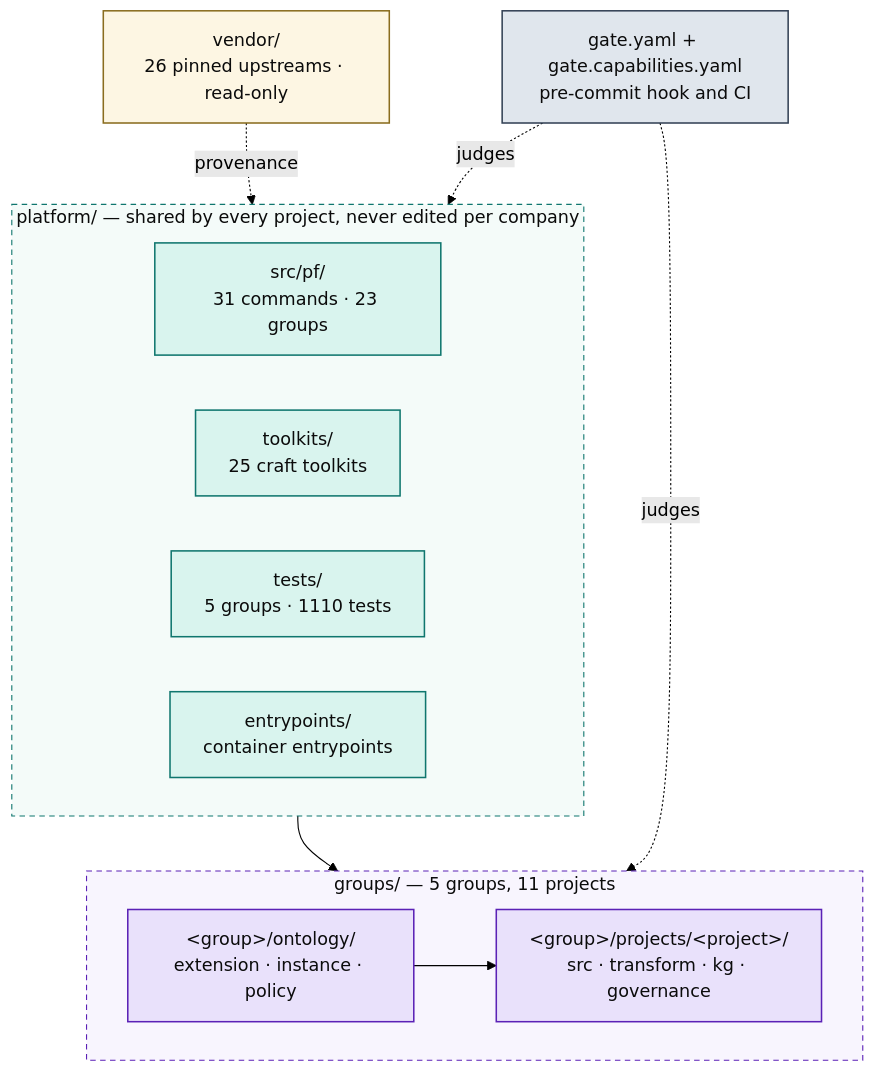
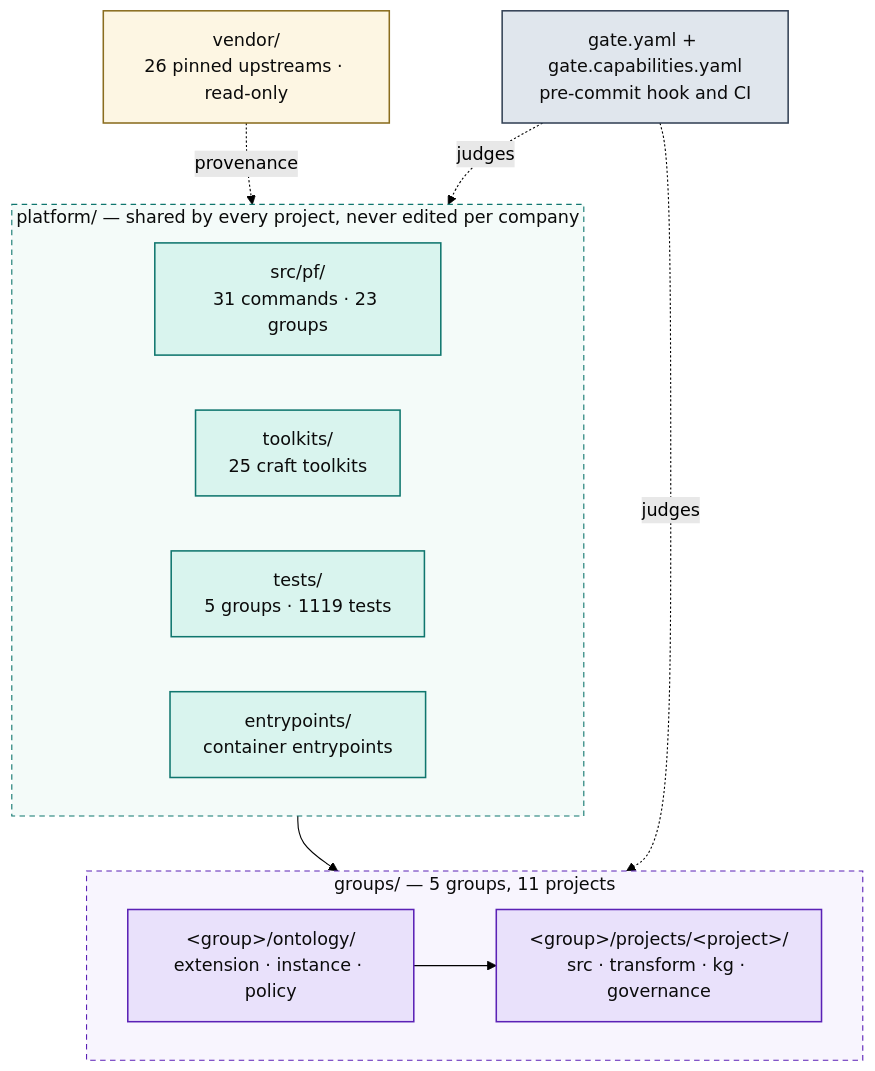
One commit to Atomz-org/data-platform changed the first of 5 diagrams in docs/ARCHITECTURE.md. Above: the diagram before and after it, drawn with Mermaid (forest theme). The commit also changed other lines of this file and 7 other files, not shown here.

````diff
--- a/docs/ARCHITECTURE.md
+++ b/docs/ARCHITECTURE.md
@@ -15,36 +15,36 @@
 ```mermaid
 flowchart TB
   subgraph SHARED["platform/ — shared by every project, never edited per company"]
     direction LR
     ENG["src/pf/<br/>31 commands · 23 groups"]
     TK["toolkits/<br/>25 craft toolkits"]
-    TST["tests/<br/>5 groups · 1110 tests"]
+    TST["tests/<br/>5 groups · 1119 tests"]
     ENT["entrypoints/<br/>container entrypoints"]
   end
 
   subgraph ENTITIES["groups/ — 5 groups, 11 projects"]
     direction LR
     GRP["&lt;group&gt;/ontology/<br/>extension · instance · policy"]
     PRJ["&lt;group&gt;/projects/&lt;project&gt;/<br/>src · transform · kg · governance"]
     GRP --> PRJ
   end
 
   VEN["vendor/<br/>26 pinned upstreams · read-only"]
   GATE["gate.yaml + gate.capabilities.yaml<br/>pre-commit hook and CI"]
 
   SHARED --> ENTITIES
   VEN -.provenance.-> SHARED
   GATE -.judges.-> ENTITIES
   GATE -.judges.-> SHARED
 
   classDef code fill:#d9f4ee,stroke:#0f766e,stroke-width:1.4px,color:#0b0b0b
   classDef data fill:#e9e1fb,stroke:#5b21b6,stroke-width:1.4px,color:#0b0b0b
   classDef gov fill:#e0e6ed,stroke:#334155,stroke-width:1.4px,color:#0b0b0b
   classDef ext fill:#fdf6e3,stroke:#8a6d1f,stroke-width:1.4px,color:#0b0b0b
   class ENG,TK,TST,ENT code
   class GRP,PRJ data
   class GATE gov
   class VEN ext
   style SHARED fill:#f4fbf9,stroke:#0f766e,stroke-dasharray:5 4,color:#0b0b0b
   style ENTITIES fill:#f8f5fe,stroke:#5b21b6,stroke-dasharray:5 4,color:#0b0b0b
 ```
````
